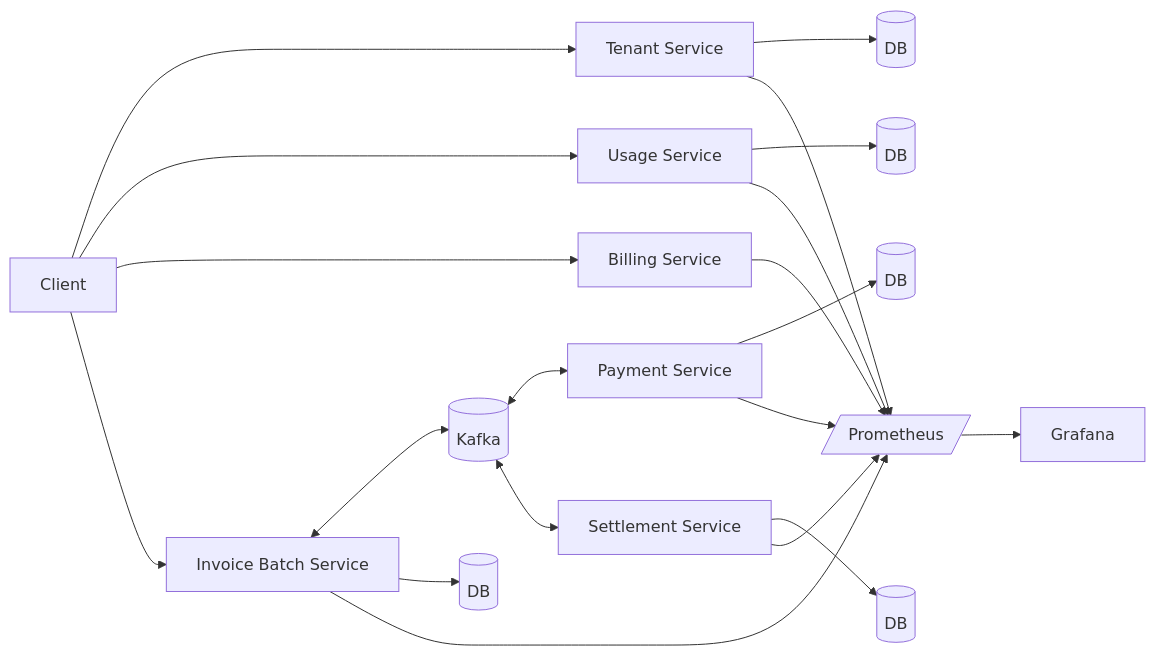
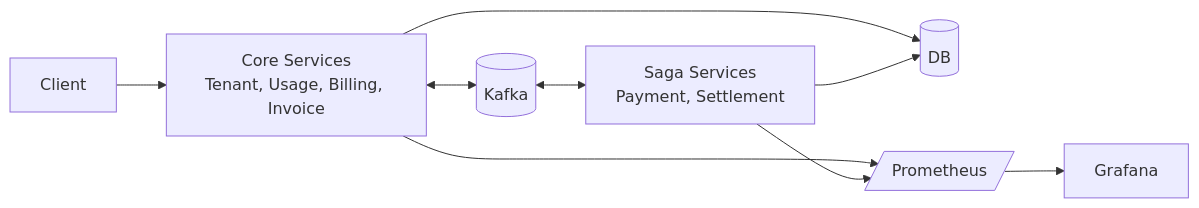
Before and after one commit to MustafaBulu/billing-platform-parent: the diagram in README.md, drawn with Mermaid.

Commit message:
docs: make architecture diagram linkedin-friendly and concise

````diff
--- a/README.md
+++ b/README.md
@@ -50,25 +50,13 @@
 ```mermaid
 flowchart LR
-    C[Client] --> T[Tenant Service]
-    C --> U[Usage Service]
-    C --> B[Billing Service]
-    C --> I[Invoice Batch Service]
+    C[Client] --> CORE[Core Services<br/>Tenant, Usage, Billing, Invoice]
+    CORE <--> K[(Kafka)]
+    K <--> SAGA[Saga Services<br/>Payment, Settlement]
 
-    I <--> K[(Kafka)]
-    K <--> P[Payment Service]
-    K <--> S[Settlement Service]
+    CORE --> DB[(DB)]
+    SAGA --> DB
 
-    T --> TDB[(DB)]
-    U --> UDB[(DB)]
-    I --> IDB[(DB)]
-    P --> PDB[(DB)]
-    S --> SDB[(DB)]
-
-    T --> PR[/Prometheus/]
-    U --> PR
-    B --> PR
-    I --> PR
-    P --> PR
-    S --> PR
+    CORE --> PR[/Prometheus/]
+    SAGA --> PR
     PR --> G[Grafana]
 ```
````
